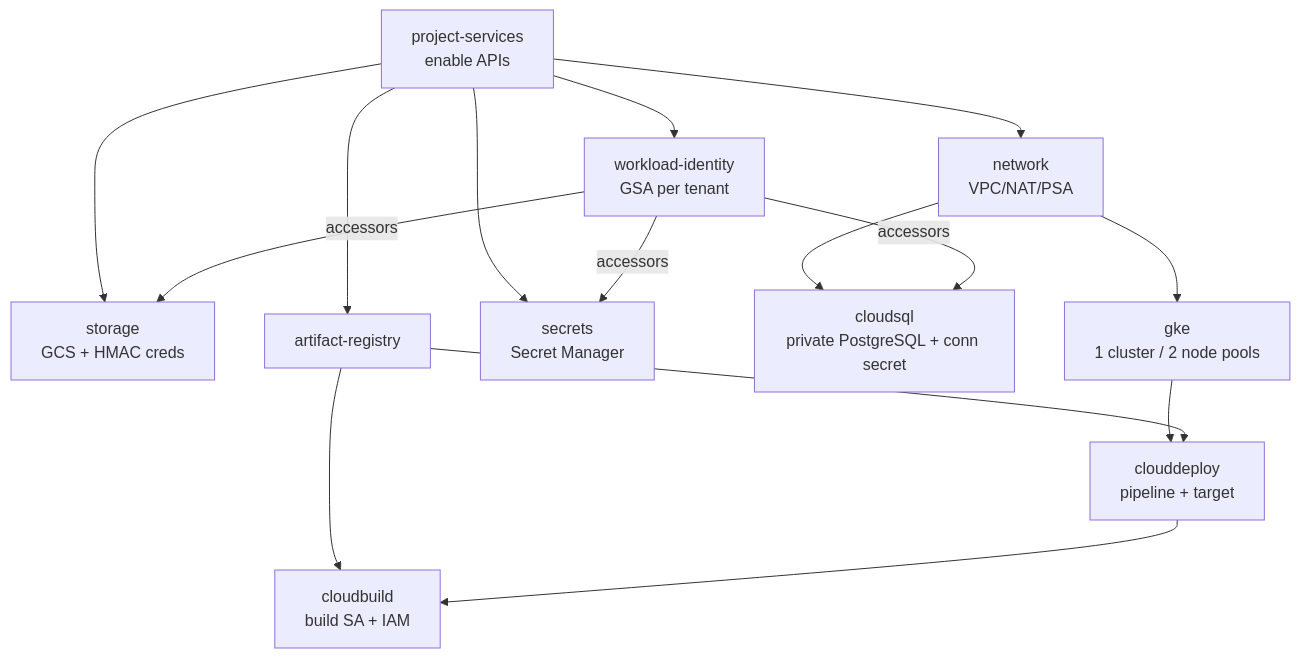
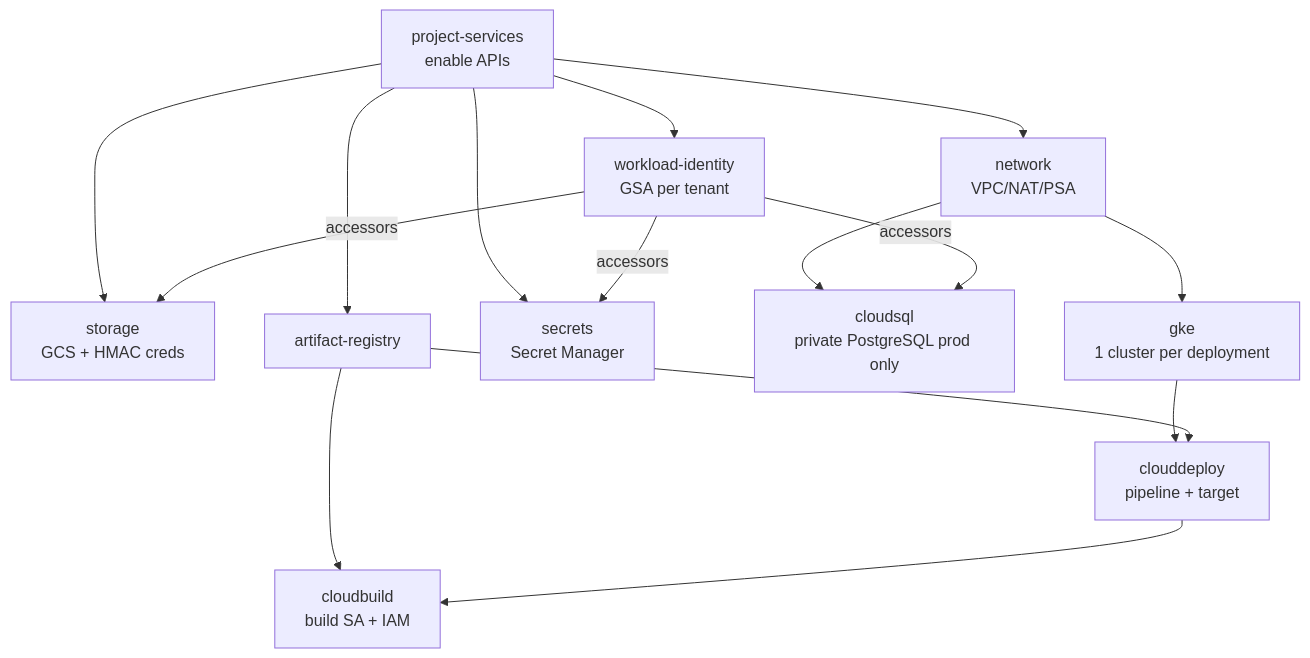
Before and after one commit to pilprod/yourown-chat: the diagram in README.md, drawn with Mermaid. The commit also changed other lines of this file and 4 other files, not shown here.

````diff
--- a/README.md
+++ b/README.md
@@ -72,17 +85,17 @@
 ```mermaid
 graph TD
   PS[project-services<br/>enable APIs] --> NET[network<br/>VPC/NAT/PSA]
   PS --> STO[storage<br/>GCS + HMAC creds]
   PS --> AR[artifact-registry]
   PS --> WI[workload-identity<br/>GSA per tenant]
   PS --> SEC[secrets<br/>Secret Manager]
-  NET --> SQL[cloudsql<br/>private PostgreSQL + conn secret]
-  NET --> GKE[gke<br/>1 cluster / 2 node pools]
+  NET --> SQL[cloudsql<br/>private PostgreSQL prod only]
+  NET --> GKE[gke<br/>1 cluster per deployment]
   WI -->|accessors| SQL
   WI -->|accessors| STO
   WI -->|accessors| SEC
   GKE --> CD[clouddeploy<br/>pipeline + target]
   AR --> CD
   AR --> CB[cloudbuild<br/>build SA + IAM]
   CD --> CB
 ```
````
